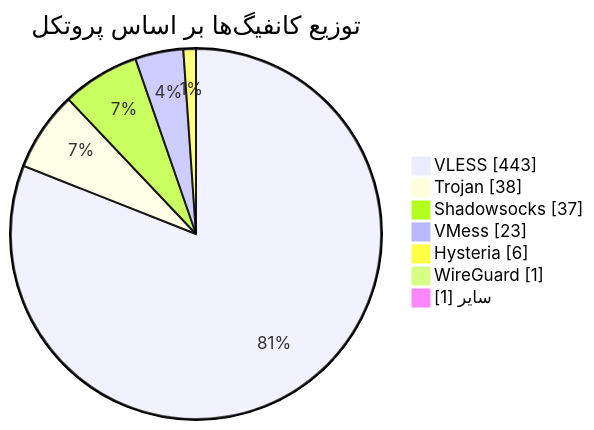
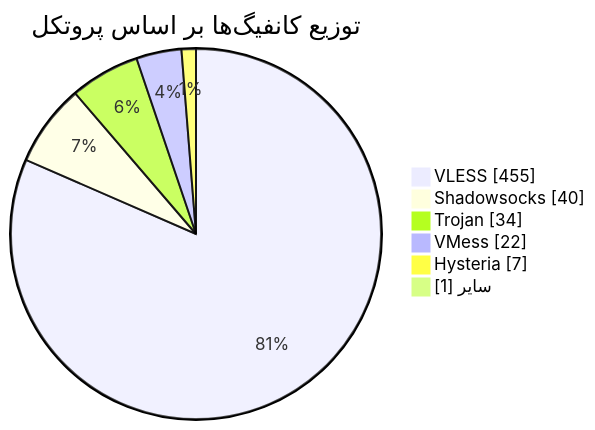
The diagram in README.md (Arian-Alijani/Somthing), drawn with Mermaid before and after one commit. The commit also changed other lines of this file and 69 other files, not shown here.

````diff
--- a/README.md
+++ b/README.md
@@ -49,11 +48,10 @@
 ```mermaid
 pie showData
     title توزیع کانفیگ‌ها بر اساس پروتکل
-    "VLESS" : 443
-    "Trojan" : 38
-    "Shadowsocks" : 37
-    "VMess" : 23
-    "Hysteria" : 6
-    "WireGuard" : 1
+    "VLESS" : 455
+    "Shadowsocks" : 40
+    "Trojan" : 34
+    "VMess" : 22
+    "Hysteria" : 7
     "سایر" : 1
 ```
````
